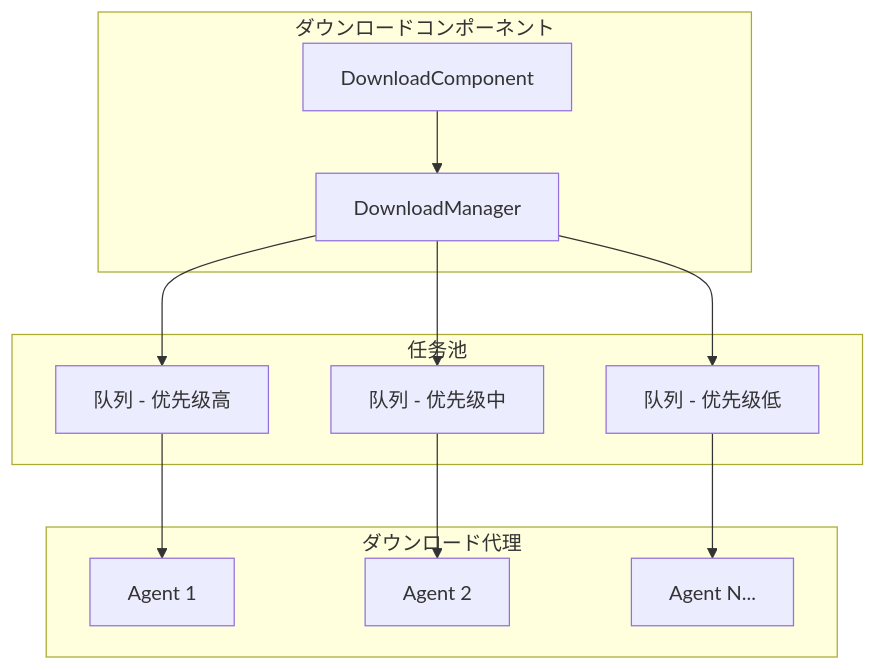
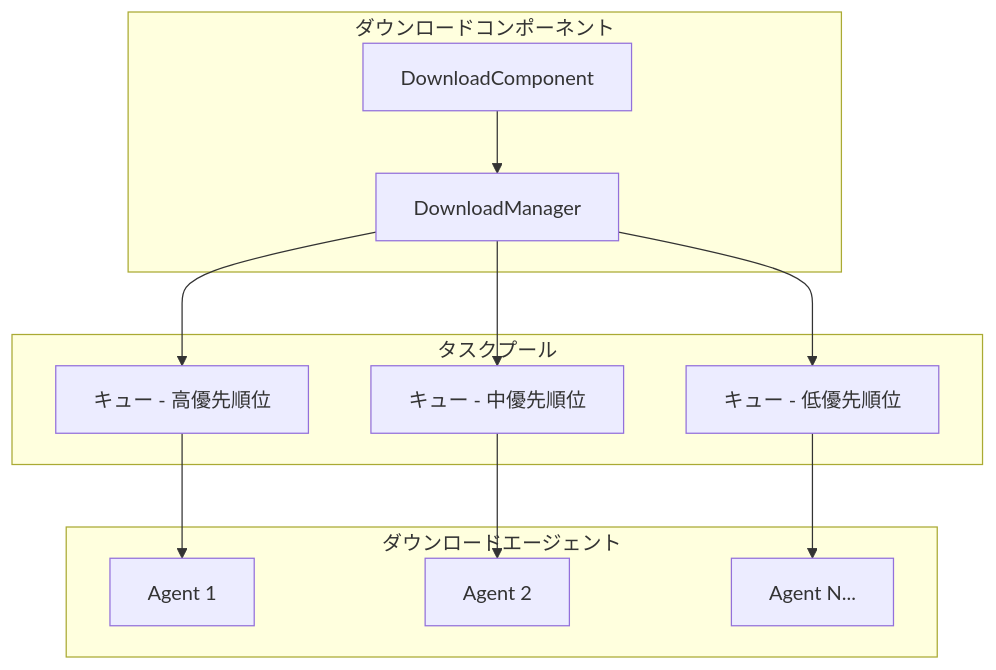
The first of 3 diagrams in docs/ja/client/unity/component/download/04.features.md (AlianBlank/GameFrameX.Docs), drawn with Mermaid before and after one commit. The commit also changed other lines of this file and 320 other files, not shown here.

````diff
--- a/docs/ja/client/unity/component/download/04.features.md
+++ b/docs/ja/client/unity/component/download/04.features.md
@@ -22,27 +22,27 @@
 ```mermaid
 flowchart TD
     subgraph DownloadComponent["ダウンロードコンポーネント"]
         DC[DownloadComponent]
         DM[DownloadManager]
     end
 
-    subgraph TaskPool["任务池"]
-        Q1[队列 - 优先级高]
-        Q2[队列 - 优先级中]
-        Q3[队列 - 优先级低]
+    subgraph TaskPool["タスクプール"]
+        Q1[キュー - 高優先順位]
+        Q2[キュー - 中優先順位]
+        Q3[キュー - 低優先順位]
     end
 
-    subgraph Agents["ダウンロード代理"]
+    subgraph Agents["ダウンロードエージェント"]
         A1[Agent 1]
         A2[Agent 2]
         A3[Agent N...]
     end
 
     DC --> DM
     DM --> Q1
     DM --> Q2
     DM --> Q3
     Q1 --> A1
     Q2 --> A2
     Q3 --> A3
 ```
````
